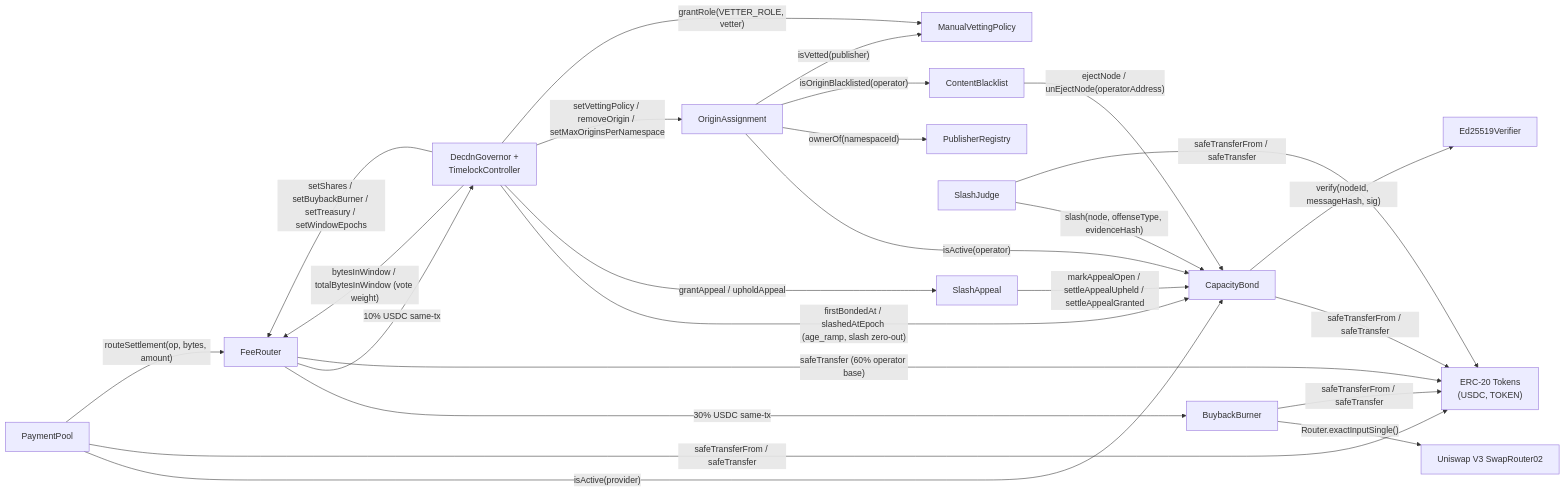
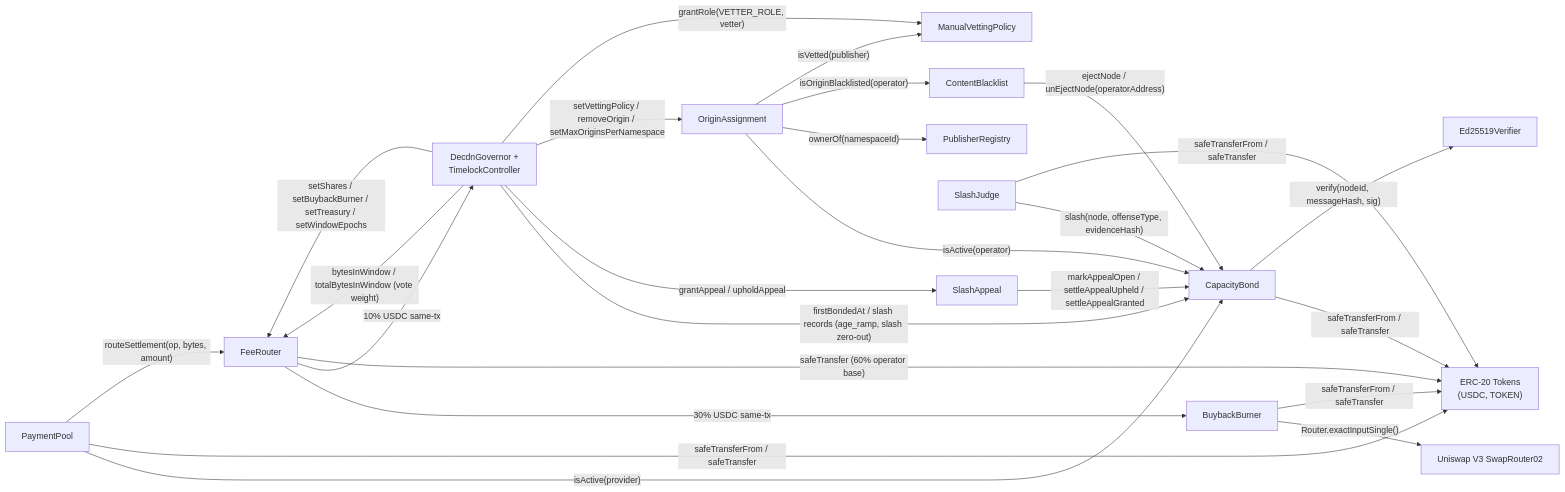
The third of 5 diagrams in adr/016-contract-interactions.md (decdn/decdn), drawn with Mermaid before and after one commit. The commit also changed other lines of this file and 7 other files, not shown here.

First line of the commit message:
fix(contracts)!: zero votes for any standing slash between window start and snapshot

````diff
--- a/adr/016-contract-interactions.md
+++ b/adr/016-contract-interactions.md
@@ -423,42 +423,42 @@
 ```mermaid
 graph LR
     SPC["PaymentPool"]
     CBOND["CapacityBond"]
     CB["ContentBlacklist"]
     PR["PublisherRegistry"]
     OA["OriginAssignment"]
     MVP["ManualVettingPolicy"]
     SJ["SlashJudge"]
     BB["BuybackBurner"]
     FR["FeeRouter"]
     SA["SlashAppeal"]
     GOV["DecdnGovernor +<br/>TimelockController"]
     ERC["ERC-20 Tokens<br/>(USDC, TOKEN)"]
     UNI["Uniswap V3 SwapRouter02"]
     ED["Ed25519Verifier"]
 
     SPC -->|"isActive(provider)"| CBOND
     SPC -->|"safeTransferFrom / safeTransfer"| ERC
     SPC -->|"routeSettlement(op, bytes, amount)"| FR
     FR -->|"30% USDC same-tx"| BB
     FR -->|"10% USDC same-tx"| GOV
     FR -->|"safeTransfer (60% operator base)"| ERC
     GOV -->|"bytesInWindow / totalBytesInWindow (vote weight)"| FR
-    GOV -->|"firstBondedAt / slashedAtEpoch (age_ramp, slash zero-out)"| CBOND
+    GOV -->|"firstBondedAt / slash records (age_ramp, slash zero-out)"| CBOND
     GOV -->|"grantAppeal / upholdAppeal"| SA
     GOV -->|"setShares / setBuybackBurner / setTreasury / setWindowEpochs"| FR
     CB -->|"ejectNode / unEjectNode(operatorAddress)"| CBOND
     OA -->|"isActive(operator)"| CBOND
     OA -->|"ownerOf(namespaceId)"| PR
     OA -->|"isOriginBlacklisted(operator)"| CB
     OA -->|"isVetted(publisher)"| MVP
     GOV -->|"setVettingPolicy / removeOrigin / setMaxOriginsPerNamespace"| OA
     GOV -->|"grantRole(VETTER_ROLE, vetter)"| MVP
     SJ -->|"slash(node, offenseType, evidenceHash)"| CBOND
     SJ -->|"safeTransferFrom / safeTransfer"| ERC
     CBOND -->|"safeTransferFrom / safeTransfer"| ERC
     CBOND -->|"verify(nodeId, messageHash, sig)"| ED
     SA -->|"markAppealOpen / settleAppealUpheld / settleAppealGranted"| CBOND
     BB -->|"Router.exactInputSingle()"| UNI
     BB -->|"safeTransferFrom / safeTransfer"| ERC
 ```
````
